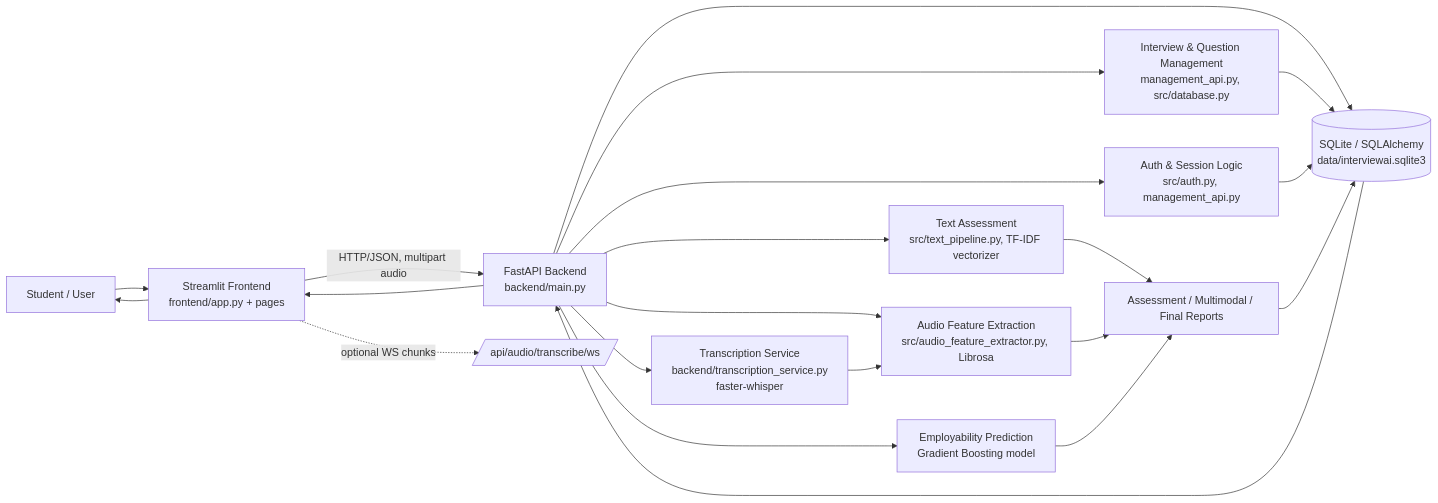
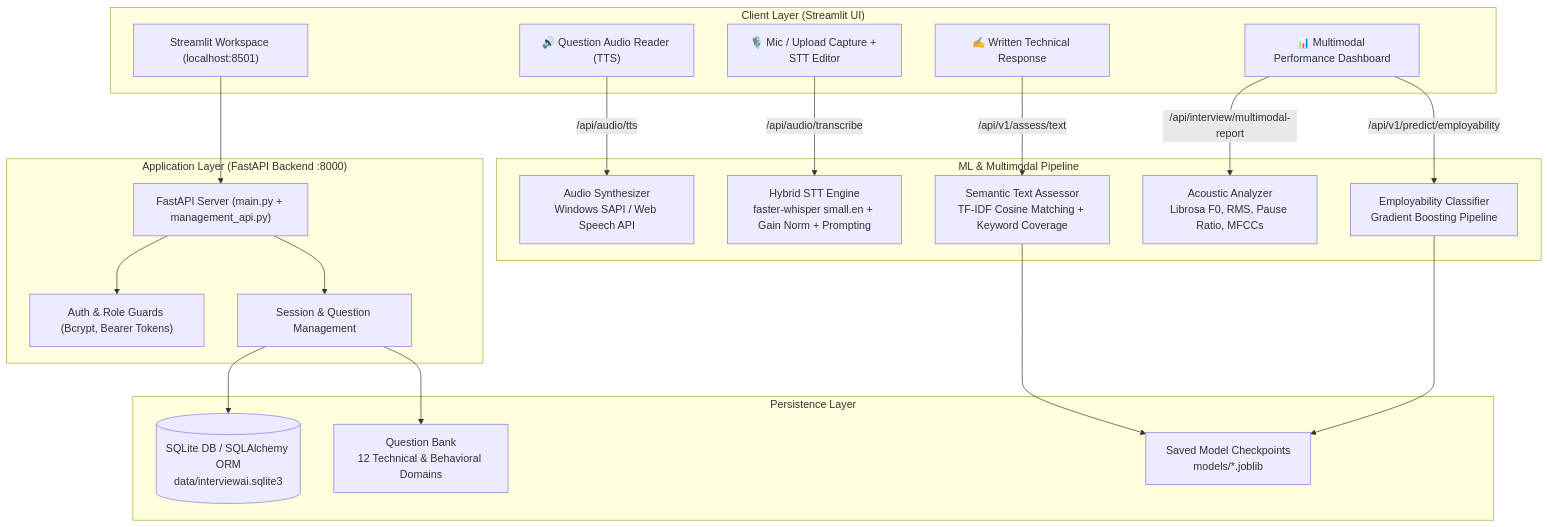
Before and after one commit to ARYANKUMAR210107/Multimodal-Mock-Interview: the first of 2 diagrams in README.md, drawn with Mermaid. The commit also changed other lines of this file and 17 other files, not shown here.

Commit message:
fix: resolve voice panel STT/TTS defects, harden whisper transcription, and update docs

````diff
--- a/README.md
+++ b/README.md
@@ -127,23 +41,44 @@
 ```mermaid
-flowchart LR
-    U[Student / User] --> FE[Streamlit Frontend\nfrontend/app.py + pages]
-    FE -->|HTTP/JSON, multipart audio| BE[FastAPI Backend\nbackend/main.py]
-    FE -. optional WS chunks .-> WS[/api/audio/transcribe/ws/]
+flowchart TD
+    subgraph Frontend ["Client Layer (Streamlit UI)"]
+        UI["Streamlit Workspace (localhost:8501)"]
+        TTS_UI["🔊 Question Audio Reader (TTS)"]
+        STT_UI["🎙️ Mic / Upload Capture + STT Editor"]
+        TXT_UI["✍️ Written Technical Response"]
+        EVAL_UI["📊 Multimodal Performance Dashboard"]
+    end
 
-    BE --> AUTH[Auth & Session Logic\nsrc/auth.py, management_api.py]
-    BE --> QM[Interview & Question Management\nmanagement_api.py, src/database.py]
-    BE --> TXT[Text Assessment\nsrc/text_pipeline.py, TF-IDF vectorizer]
-    BE --> ASR[Transcription Service\nbackend/transcription_service.py\nfaster-whisper]
-    BE --> AUD[Audio Feature Extraction\nsrc/audio_feature_extractor.py, Librosa]
-    BE --> EMP[Employability Prediction\nGradient Boosting model]
-    BE --> DB[(SQLite / SQLAlchemy\ndata/interviewai.sqlite3)]
+    subgraph Backend ["Application Layer (FastAPI Backend :8000)"]
+        API["FastAPI Server (main.py + management_api.py)"]
+        AUTH["Auth & Role Guards (Bcrypt, Bearer Tokens)"]
+        SESSIONS["Session & Question Management"]
+    end
 
-    ASR --> AUD
-    TXT --> RPT[Assessment / Multimodal / Final Reports]
-    AUD --> RPT
-    EMP --> RPT
-    QM --> DB
-    AUTH --> DB
-    RPT --> DB
-    DB --> BE --> FE --> U
+    subgraph MLEngine ["ML & Multimodal Pipeline"]
+        ASR["Hybrid STT Engine\nfaster-whisper small.en + Gain Norm + Prompting"]
+        TTS["Audio Synthesizer\nWindows SAPI / Web Speech API"]
+        NLP["Semantic Text Assessor\nTF-IDF Cosine Matching + Keyword Coverage"]
+        ACOUSTIC["Acoustic Analyzer\nLibrosa F0, RMS, Pause Ratio, MFCCs"]
+        PREDICT["Employability Classifier\nGradient Boosting Pipeline"]
+    end
+
+    subgraph Storage ["Persistence Layer"]
+        DB[(SQLite DB / SQLAlchemy ORM\ndata/interviewai.sqlite3)]
+        MODELS["Saved Model Checkpoints\nmodels/*.joblib"]
+        SEED["Question Bank\n12 Technical & Behavioral Domains"]
+    end
+
+    UI --> API
+    TTS_UI -->|/api/audio/tts| TTS
+    STT_UI -->|/api/audio/transcribe| ASR
+    TXT_UI -->|/api/v1/assess/text| NLP
+    EVAL_UI -->|/api/interview/multimodal-report| ACOUSTIC
+    EVAL_UI -->|/api/v1/predict/employability| PREDICT
+
+    API --> AUTH
+    API --> SESSIONS
+    SESSIONS --> DB
+    NLP --> MODELS
+    PREDICT --> MODELS
+    SESSIONS --> SEED
 ```
````
